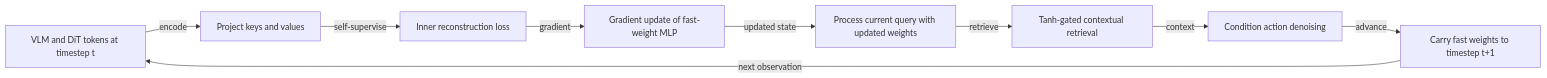
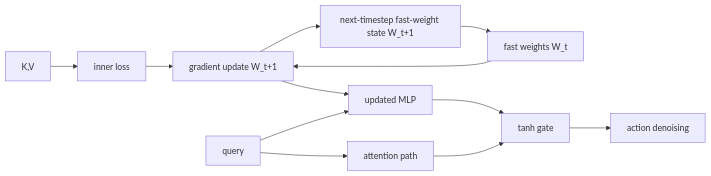
One commit to Betancourt1/paper_atlas changed the first of 3 diagrams in docs/visual-manifests/VISUAL_MANIFEST_ROBOTT.md. Above: the diagram before and after it, drawn with Mermaid. The commit also changed other lines of this file and 52 other files, not shown here.

````diff
--- a/docs/visual-manifests/VISUAL_MANIFEST_ROBOTT.md
+++ b/docs/visual-manifests/VISUAL_MANIFEST_ROBOTT.md
@@ -1042,19 +191,24 @@
 ```mermaid
 flowchart LR
-  inputs["VLM and DiT tokens at timestep t"]
-  kv["Project keys and values"]
-  loss["Inner reconstruction loss"]
-  update["Gradient update of fast-weight MLP"]
-  query["Process current query with updated weights"]
-  gate["Tanh-gated contextual retrieval"]
-  action["Condition action denoising"]
-  carry["Carry fast weights to timestep t+1"]
-  inputs -->|"encode"| kv
-  kv -->|"self-supervise"| loss
-  loss -->|"gradient"| update
-  update -->|"updated state"| query
-  query -->|"retrieve"| gate
-  gate -->|"context"| action
-  action -->|"advance"| carry
-  carry -->|"next observation"| inputs
+  n0["K,V"]
+  n1["inner loss"]
+  n2["fast weights W_t"]
+  n3["gradient update W_t+1"]
+  n4["query"]
+  n5["updated MLP"]
+  n6["attention path"]
+  n7["tanh gate"]
+  n8["action denoising"]
+  n9["next-timestep fast-weight state W_t+1"]
+  n0 --> n1
+  n1 --> n3
+  n2 --> n3
+  n3 --> n5
+  n4 --> n5
+  n4 --> n6
+  n5 --> n7
+  n6 --> n7
+  n7 --> n8
+  n3 --> n9
+  n9 --> n2
 ```
````
